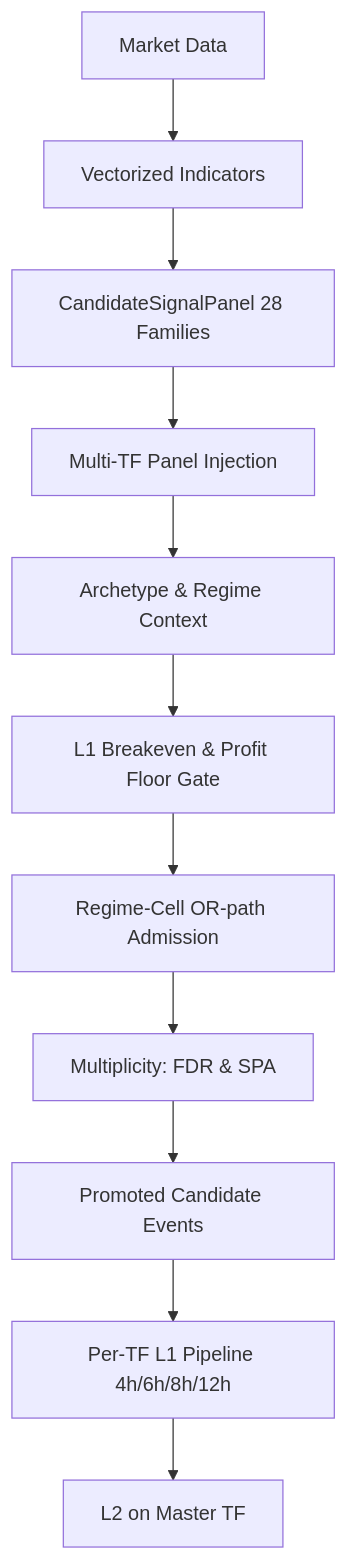
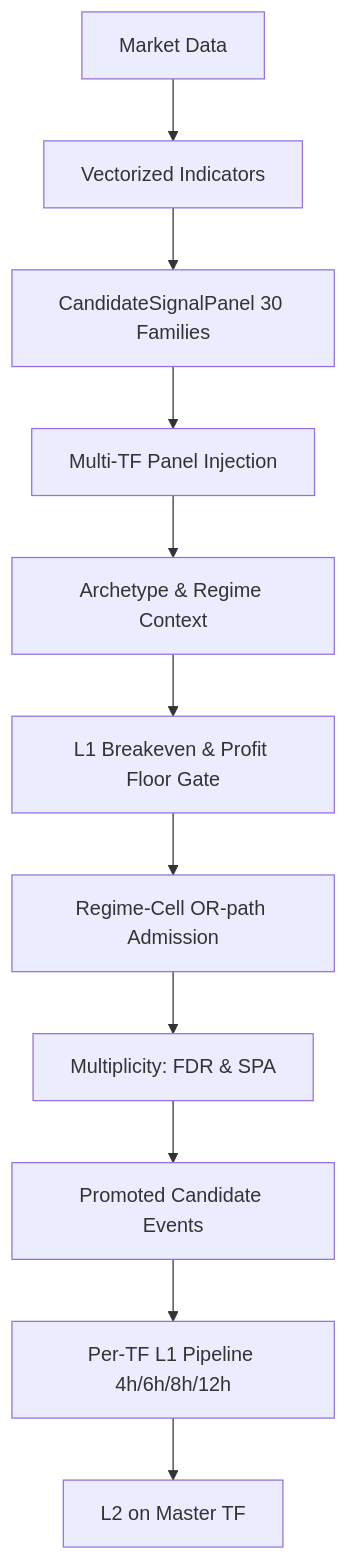
Before and after one commit to KTHYEONG/crypto-pilot: the diagram in docs/architecture/layer1.md, drawn with Mermaid. The commit also changed other lines of this file and 4 other files, not shown here.

````diff
--- a/docs/architecture/layer1.md
+++ b/docs/architecture/layer1.md
@@ -151,13 +159,13 @@
 ```mermaid
 graph TD
     A[Market Data] --> B[Vectorized Indicators]
-    B --> C[CandidateSignalPanel 28 Families]
+    B --> C[CandidateSignalPanel 30 Families]
     C --> C1[Multi-TF Panel Injection]
     C1 --> D[Archetype & Regime Context]
     D --> E[L1 Breakeven & Profit Floor Gate]
     E --> F[Regime-Cell OR-path Admission]
     F --> G[Multiplicity: FDR & SPA]
     G --> H[Promoted Candidate Events]
     H --> I[Per-TF L1 Pipeline 4h/6h/8h/12h]
     I --> J[L2 on Master TF]
 ```
````
